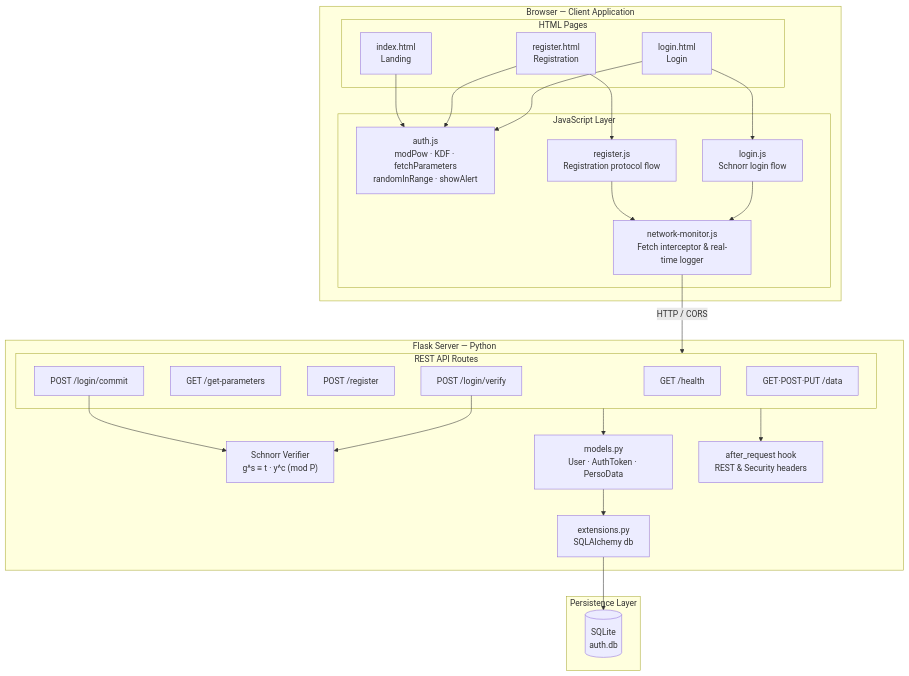
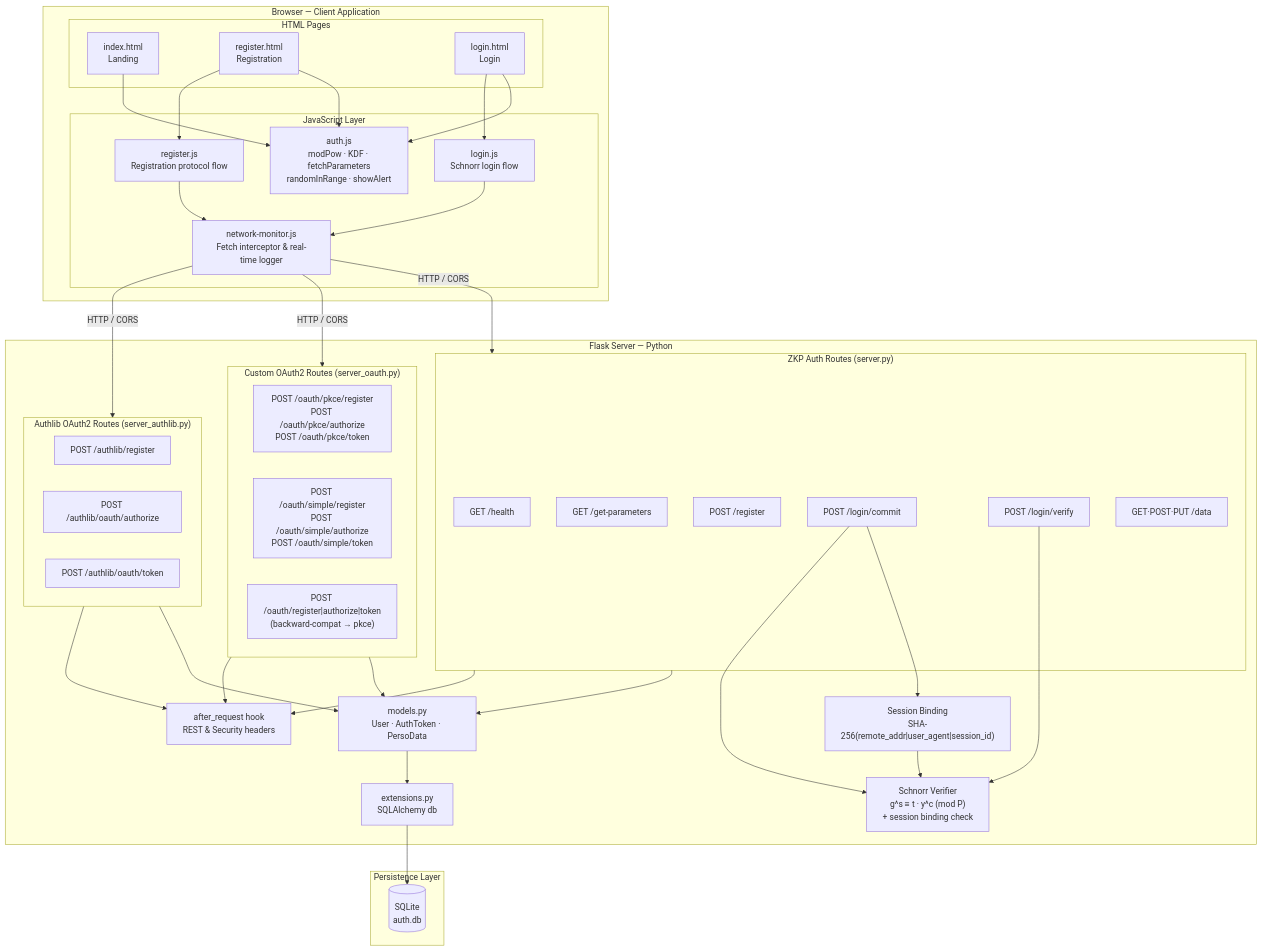
One commit to matei-rares-a/acas changed the diagram in diagrams/diagram_architecture.mmd. Above: the diagram before and after it, drawn with Mermaid. The commit also changed 34 other files, not shown here.

First line of the commit message:
Add session binding to ZKP flows and update diagrams

```diff
--- a/diagrams/diagram_architecture.mmd
+++ b/diagrams/diagram_architecture.mmd
@@ -1,44 +1,62 @@
 graph TB
     subgraph Browser["Browser — Client Application"]
         subgraph Pages["HTML Pages"]
             INDEX["index.html\nLanding"]
             REG["register.html\nRegistration"]
             LOGIN["login.html\nLogin"]
         end
         subgraph JS["JavaScript Layer"]
             AUTH_JS["auth.js\nmodPow · KDF · fetchParameters\nrandomInRange · showAlert"]
             REG_JS["register.js\nRegistration protocol flow"]
             LOGIN_JS["login.js\nSchnorr login flow"]
             NM_JS["network-monitor.js\nFetch interceptor & real-time logger"]
         end
     end
 
     subgraph FlaskServer["Flask Server — Python"]
-        subgraph Routes["REST API Routes"]
+        subgraph ZKPRoutes["ZKP Auth Routes  (server.py)"]
             R1["GET  /health"]
             R2["GET  /get-parameters"]
             R3["POST /register"]
             R4["POST /login/commit"]
             R5["POST /login/verify"]
             R6["GET·POST·PUT /data"]
         end
-        VERIFIER["Schnorr Verifier\ng^s ≡ t · y^c (mod P)"]
+
+        subgraph OAuthRoutes["Custom OAuth2 Routes  (server_oauth.py)"]
+            O1["POST /oauth/pkce/register\nPOST /oauth/pkce/authorize\nPOST /oauth/pkce/token"]
+            O2["POST /oauth/simple/register\nPOST /oauth/simple/authorize\nPOST /oauth/simple/token"]
+            O3["POST /oauth/register|authorize|token\n(backward-compat → pkce)"]
+        end
+
+        subgraph AuthlibRoutes["Authlib OAuth2 Routes  (server_authlib.py)"]
+            A1["POST /authlib/register"]
+            A2["POST /authlib/oauth/authorize"]
+            A3["POST /authlib/oauth/token"]
+        end
+
+        VERIFIER["Schnorr Verifier\ng^s ≡ t · y^c (mod P)\n+ session binding check"]
+        BINDING["Session Binding\nSHA-256(remote_addr|user_agent|session_id)"]
         MODELS["models.py\nUser · AuthToken · PersoData"]
         EXT["extensions.py\nSQLAlchemy db"]
         HEADERS["after_request hook\nREST & Security headers"]
     end
 
     subgraph Persistence["Persistence Layer"]
         DB[("SQLite\nauth.db")]
     end
 
     INDEX & REG & LOGIN --> AUTH_JS
     REG --> REG_JS
     LOGIN --> LOGIN_JS
     REG_JS & LOGIN_JS --> NM_JS
-    NM_JS -->|"HTTP / CORS"| Routes
+    NM_JS -->|"HTTP / CORS"| ZKPRoutes
+    NM_JS -->|"HTTP / CORS"| OAuthRoutes
+    NM_JS -->|"HTTP / CORS"| AuthlibRoutes
+    R4 --> BINDING
     R4 & R5 --> VERIFIER
-    Routes --> MODELS
-    Routes --> HEADERS
+    BINDING --> VERIFIER
+    ZKPRoutes & OAuthRoutes & AuthlibRoutes --> MODELS
+    ZKPRoutes & OAuthRoutes & AuthlibRoutes --> HEADERS
     MODELS --> EXT
     EXT --> DB
```
